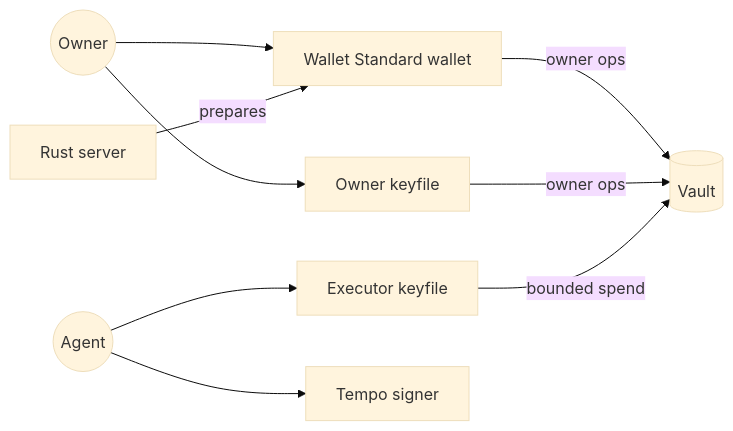
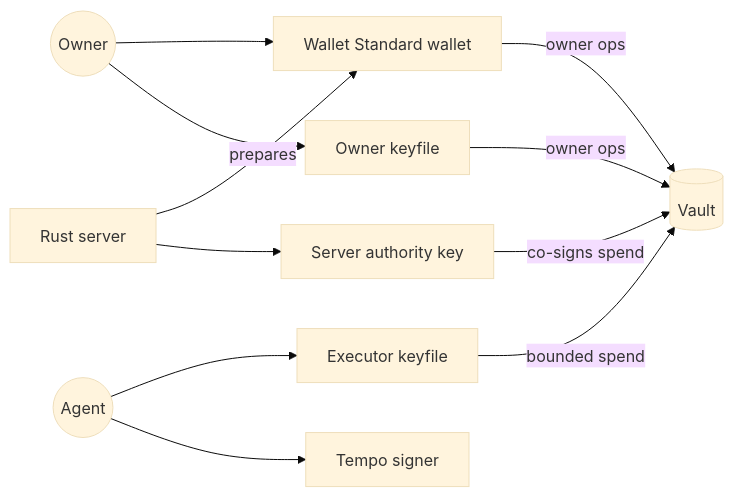
Before and after one commit to AllowIt-hq/Colosseum: the fifth of 8 diagrams in docs/architecture.md, drawn with Mermaid (base theme). The commit also changed other lines of this file and 1 other file, not shown here.

Commit message:
Align operation namespaces and custody architecture

````diff
--- a/docs/architecture.md
+++ b/docs/architecture.md
@@ -130,11 +142,13 @@
 ```mermaid
 flowchart LR
     Owner((Owner)) --> BW[Wallet Standard wallet]
     Owner --> OK[Owner keyfile]
     Agent((Agent)) --> EK[Executor keyfile]
     Server[Rust server] -->|prepares| BW
+    Server --> SA[Server authority key]
     BW -->|owner ops| Vault[(Vault)]
     OK -->|owner ops| Vault
     EK -->|bounded spend| Vault
+    SA -->|co-signs spend| Vault
     Agent --> TS[Tempo signer]
 ```
````
